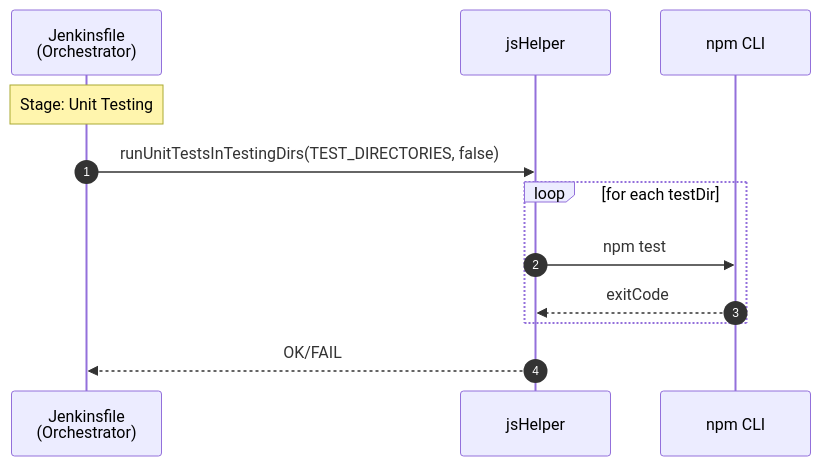
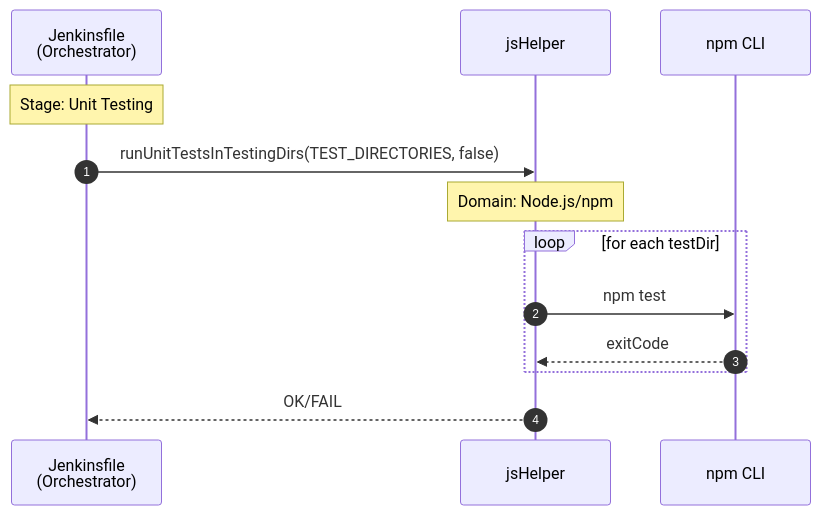
The sixth of 11 diagrams in Voyages/Projects/VARLab-work-transfer/portfolios/devops-jenkins-linux/4-layer-architecture-and-logger-system-integration/problem-analysis/pipeline-sequence-diagrams/js-cd.md (JindoKimKor/Self-Binnacle), drawn with Mermaid before and after one commit. The commit also changed other lines of this file and 55 other files, not shown here.

First line of the commit message:
refactor(4-layer-architecture): Standardize analysis document naming and format

````diff
--- a/Voyages/Projects/VARLab-work-transfer/portfolios/devops-jenkins-linux/4-layer-architecture-and-logger-system-integration/problem-analysis/pipeline-sequence-diagrams/js-cd.md
+++ b/Voyages/Projects/VARLab-work-transfer/portfolios/devops-jenkins-linux/4-layer-architecture-and-logger-system-integration/problem-analysis/pipeline-sequence-diagrams/js-cd.md
@@ -212,17 +223,18 @@
 ```mermaid
 sequenceDiagram
     autonumber
 
     participant JF as Jenkinsfile<br/>(Orchestrator)
     participant JSH as jsHelper
     participant NPM as npm CLI
 
     Note over JF: Stage: Unit Testing
 
     JF->>JSH: runUnitTestsInTestingDirs(TEST_DIRECTORIES, false)
+    Note over JSH: Domain: Node.js/npm
     loop for each testDir
         JSH->>NPM: npm test
         NPM-->>JSH: exitCode
     end
     JSH-->>JF: OK/FAIL
 ```
````
